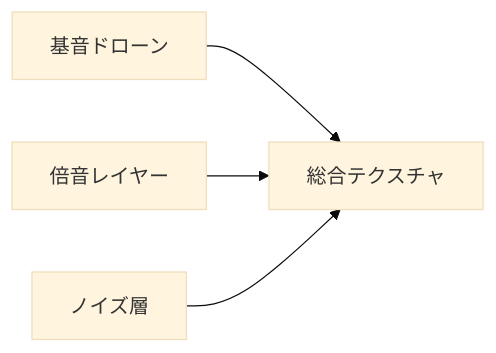
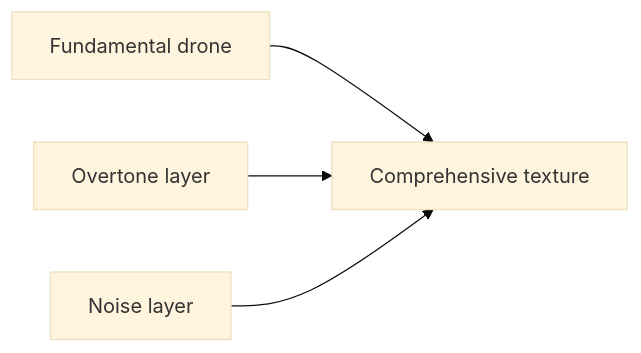
The first of 4 diagrams in en/_posts/2025-12-18-column-ambient-drone-textural-drone.md (monumental-movement/monumental-movement.github.io), drawn with Mermaid (base theme) before and after one commit. The commit also changed other lines of this file and 801 other files, not shown here.

```diff
--- a/en/_posts/2025-12-18-column-ambient-drone-textural-drone.md
+++ b/en/_posts/2025-12-18-column-ambient-drone-textural-drone.md
@@ -67,6 +67,6 @@
 <div class="mermaid">
 flowchart LR
-    A["基音ドローン"] --> D["総合テクスチャ"]
-    B["倍音レイヤー"] --> D
-    C["ノイズ層"] --> D
+    A["Fundamental drone"] --> D["Comprehensive texture"]
+    B["Overtone layer"] --> D
+    C["Noise layer"] --> D
 </div>
```
